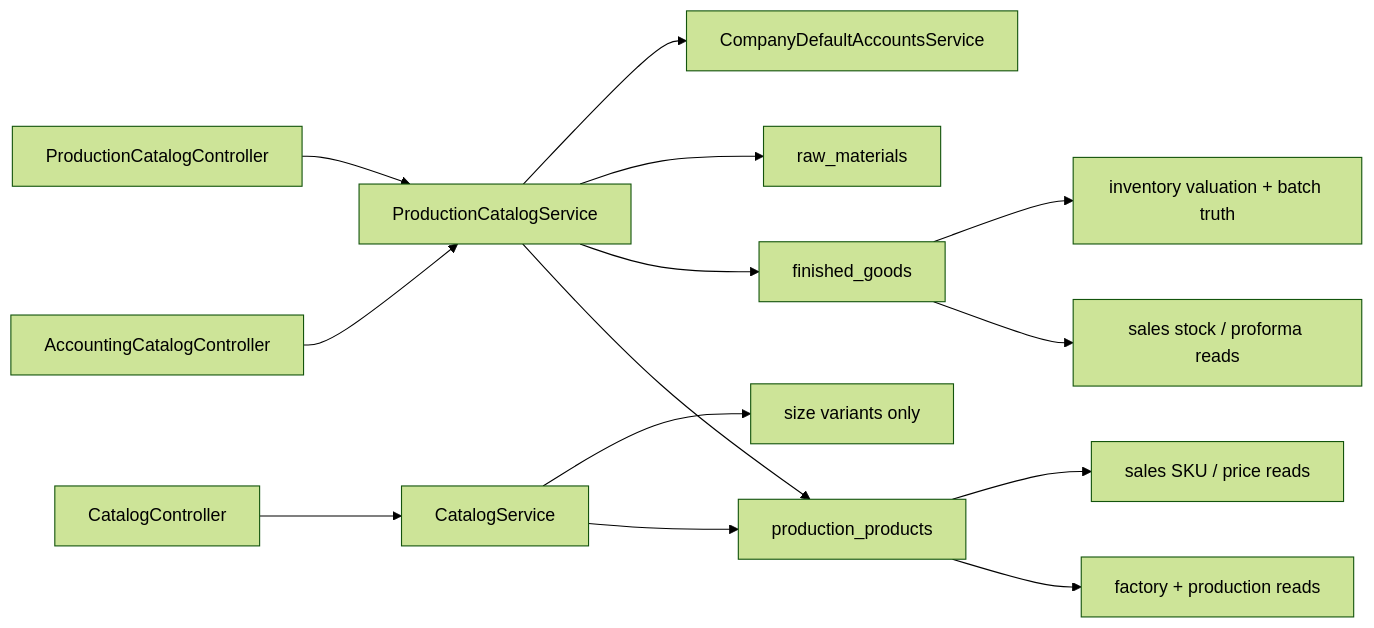
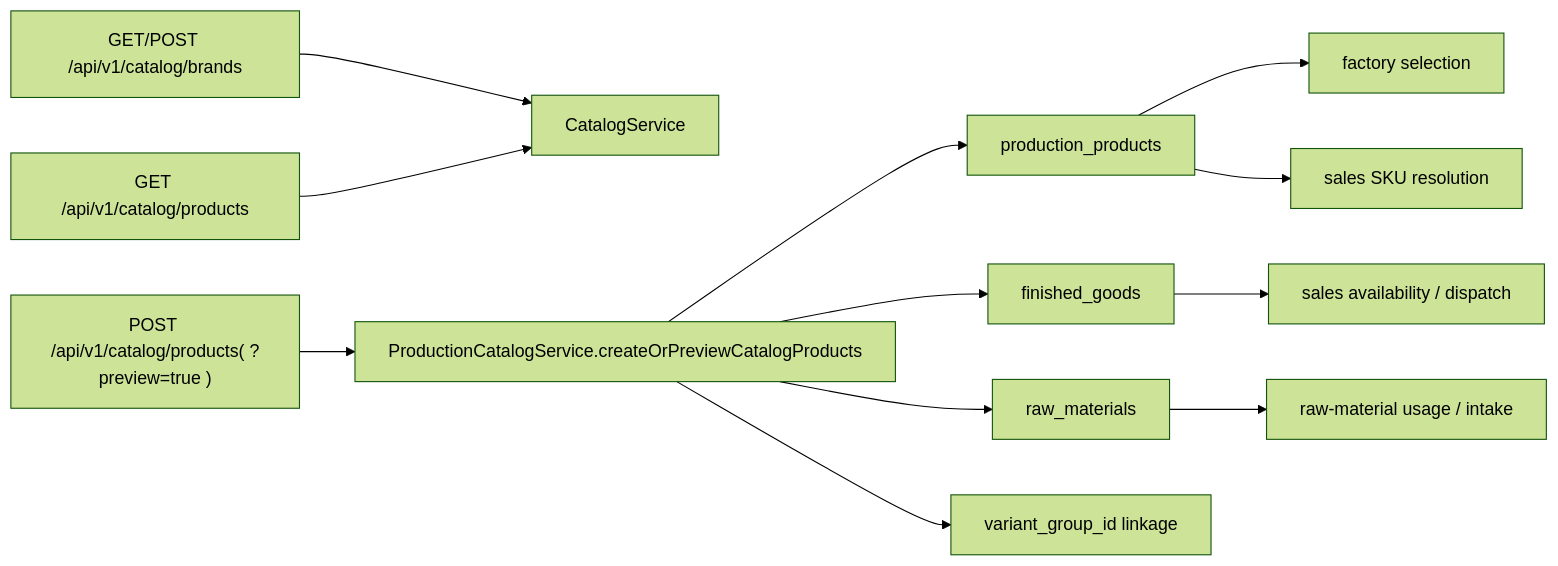
The diagram in docs/developer/catalog-consolidation/01-current-state-flow.md (anasibnanwar-XYE/bigbrightpaints-erp), drawn with Mermaid (forest theme) before and after one commit. The commit also changed other lines of this file and 12 other files, not shown here.

````diff
--- a/docs/developer/catalog-consolidation/01-current-state-flow.md
+++ b/docs/developer/catalog-consolidation/01-current-state-flow.md
@@ -18,19 +37,16 @@
 ```mermaid
 flowchart LR
-    ACC["AccountingCatalogController"] --> PCS["ProductionCatalogService"]
-    CAT["CatalogController"] --> CS["CatalogService"]
-    PROD["ProductionCatalogController"] --> PCS
+    BRANDS["GET/POST /api/v1/catalog/brands"] --> CS["CatalogService"]
+    PRODUCTS["POST /api/v1/catalog/products( ?preview=true )"] --> PCS["ProductionCatalogService.createOrPreviewCatalogProducts"]
+    SEARCH["GET /api/v1/catalog/products"] --> CS
 
     PCS --> PP["production_products"]
     PCS --> FG["finished_goods"]
     PCS --> RM["raw_materials"]
-    PCS --> CDA["CompanyDefaultAccountsService"]
+    PCS --> VG["variant_group_id linkage"]
 
-    CS --> PP
-    CS --> SV["size variants only"]
-
-    PP --> FACT["factory + production reads"]
-    PP --> SALESA["sales SKU / price reads"]
-    FG --> SALESB["sales stock / proforma reads"]
-    FG --> COST["inventory valuation + batch truth"]
+    PP --> FACT["factory selection"]
+    PP --> SALESA["sales SKU resolution"]
+    FG --> SALESB["sales availability / dispatch"]
+    RM --> INV["raw-material usage / intake"]
 ```
````
